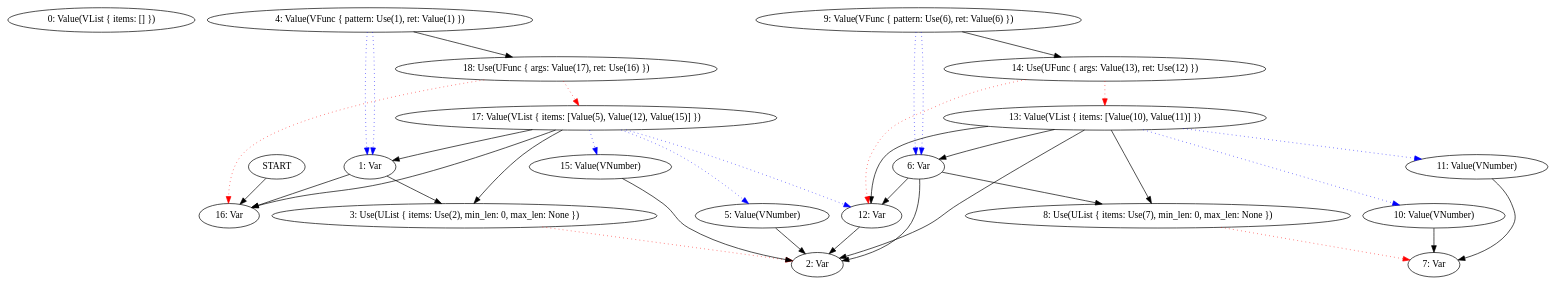
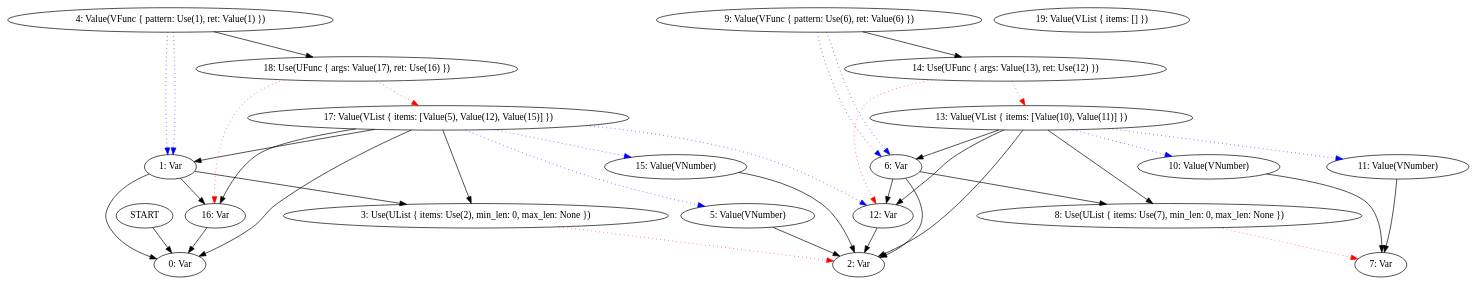
The diagram in docs/log/2025-06-17.md (frondeus/project-s), drawn with Graphviz before and after one commit. The commit also changed 2 other files, not shown here.

Commit message:
Make sure let polymorphism works only for value expressions

````diff
--- a/docs/log/2025-06-17.md
+++ b/docs/log/2025-06-17.md
@@ -56,59 +56,63 @@
 ```graphviz
 digraph G {
-N0 [label="0: Value(VList { items: [] })"];
+N0 [label="0: Var"];
 N1 [label="1: Var"];
 N2 [label="2: Var"];
 N3 [label="3: Use(UList { items: Use(2), min_len: 0, max_len: None })"];
 N4 [label="4: Value(VFunc { pattern: Use(1), ret: Value(1) })"];
 N5 [label="5: Value(VNumber)"];
 N6 [label="6: Var"];
 N7 [label="7: Var"];
 N8 [label="8: Use(UList { items: Use(7), min_len: 0, max_len: None })"];
 N9 [label="9: Value(VFunc { pattern: Use(6), ret: Value(6) })"];
 N10 [label="10: Value(VNumber)"];
 N11 [label="11: Value(VNumber)"];
 N12 [label="12: Var"];
 N13 [label="13: Value(VList { items: [Value(10), Value(11)] })"];
 N14 [label="14: Use(UFunc { args: Value(13), ret: Use(12) })"];
 N15 [label="15: Value(VNumber)"];
 N16 [label="16: Var"];
 N17 [label="17: Value(VList { items: [Value(5), Value(12), Value(15)] })"];
 N18 [label="18: Use(UFunc { args: Value(17), ret: Use(16) })"];
-START -> N16
+N19 [label="19: Value(VList { items: [] })"];
+START -> N0
 N3 -> N2 [color=red, style=dotted];
 N4 -> N1 [color=blue, style=dotted];
 N4 -> N1 [color=blue, style=dotted];
 N8 -> N7 [color=red, style=dotted];
 N9 -> N6 [color=blue, style=dotted];
 N9 -> N6 [color=blue, style=dotted];
 N13 -> N10 [color=blue, style=dotted];
 N13 -> N11 [color=blue, style=dotted];
 N14 -> N13 [color=red, style=dotted];
 N14 -> N12 [color=red, style=dotted];
 N17 -> N5 [color=blue, style=dotted];
 N17 -> N12 [color=blue, style=dotted];
 N17 -> N15 [color=blue, style=dotted];
 N18 -> N17 [color=red, style=dotted];
 N18 -> N16 [color=red, style=dotted];
 N1 -> N3;
 N1 -> N16;
+N1 -> N0;
 N4 -> N18;
 N5 -> N2;
 N6 -> N8;
 N6 -> N12;
 N6 -> N2;
 N9 -> N14;
 N10 -> N7;
 N11 -> N7;
 N12 -> N2;
 N13 -> N6;
 N13 -> N12;
 N13 -> N8;
 N13 -> N2;
 N15 -> N2;
+N16 -> N0;
 N17 -> N1;
 N17 -> N16;
 N17 -> N3;
+N17 -> N0;
 }
 
 ```
````
